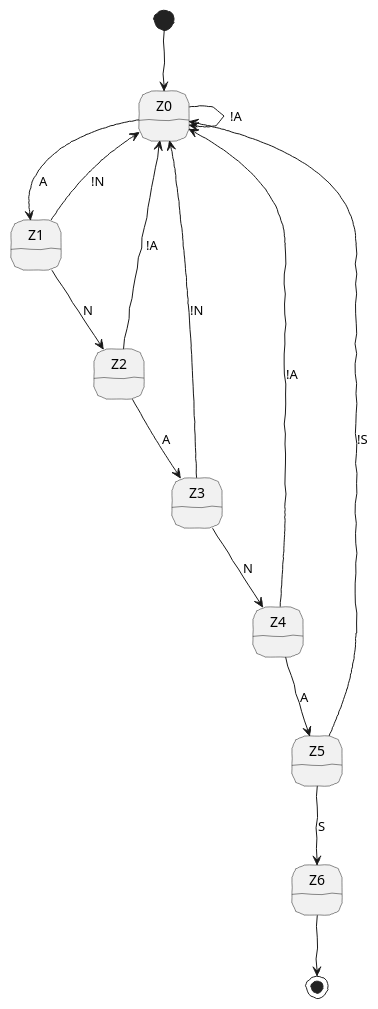
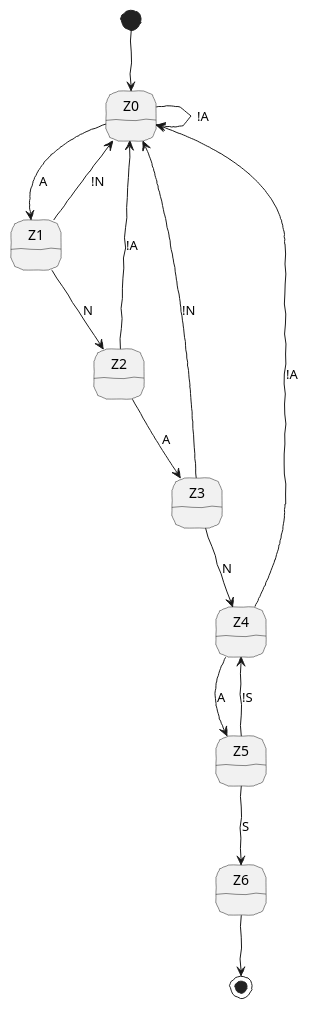
One commit to hslu-students/ad-exercises changed the diagram in doc/ANANAS-search.plantuml. Above: the diagram before and after it, drawn with PlantUML. The commit also changed 3 other files, not shown here.

```diff
--- a/doc/ANANAS-search.plantuml
+++ b/doc/ANANAS-search.plantuml
@@ -1,22 +1,22 @@
 @startuml
 
 ' style
 skinparam Handwritten true
 skinparam monochrome true
 
 [*] --> Z0
 Z0 --> Z1: A
 Z0 --> Z0: !A
 Z1 --> Z2: N
 Z1 --> Z0: !N
 Z2 --> Z3: A
 Z2 --> Z0: !A
 Z3 --> Z4: N
 Z3 --> Z0: !N
 Z4 --> Z5: A
 Z4 --> Z0: !A
 Z5 --> Z6: S
-Z5 --> Z0: !S
+Z5 --> Z4: !S
 Z6 --> [*]
 
 @enduml
```
